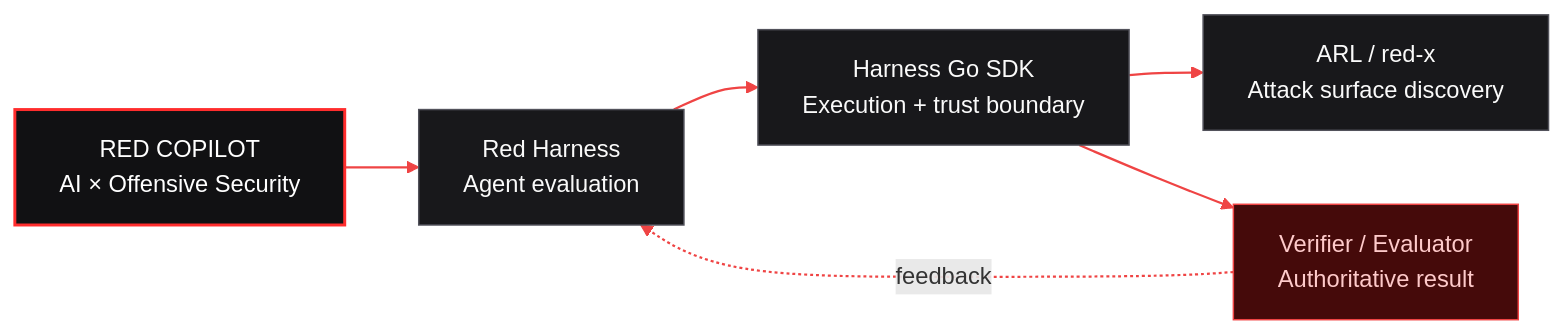
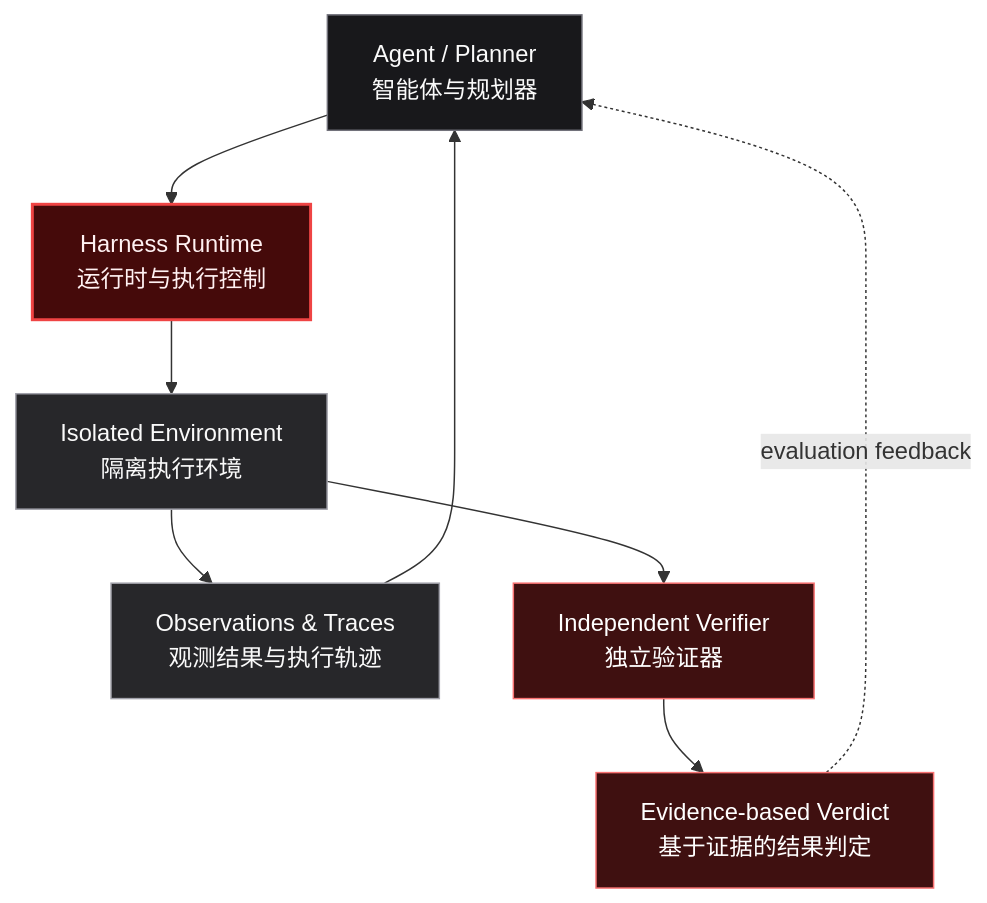
Before and after one commit to red-copilot/.github: the diagram in profile/README.md, drawn with Mermaid. The commit also changed other lines of this file, not shown here.

````diff
--- a/profile/README.md
+++ b/profile/README.md
@@ -57,19 +68,18 @@
 ```mermaid
-flowchart LR
-    RC["RED COPILOT<br/>AI × Offensive Security"]:::core
-    EV["Red Harness<br/>Agent evaluation"]:::project
-    EX["Harness Go SDK<br/>Execution + trust boundary"]:::project
-    DS["ARL / red-x<br/>Attack surface discovery"]:::project
-    VR["Verifier / Evaluator<br/>Authoritative result"]:::verify
-
-    RC --> EV
-    EV --> EX
-    EX --> DS
-    EX --> VR
-    VR -. feedback .-> EV
-
-    classDef core fill:#111113,stroke:#ff2d2d,color:#ffffff,stroke-width:2px;
-    classDef project fill:#18181b,stroke:#52525b,color:#fafafa,stroke-width:1px;
-    classDef verify fill:#450a0a,stroke:#ef4444,color:#fecaca,stroke-width:1px;
-    linkStyle default stroke:#ef4444,stroke-width:1.5px;
+flowchart TD
+    A["Agent / Planner<br/>智能体与规划器"] --> B["Harness Runtime<br/>运行时与执行控制"]
+    B --> C["Isolated Environment<br/>隔离执行环境"]
+    C --> D["Observations & Traces<br/>观测结果与执行轨迹"]
+    D --> A
+    C --> E["Independent Verifier<br/>独立验证器"]
+    E --> F["Evidence-based Verdict<br/>基于证据的结果判定"]
+    F -. evaluation feedback .-> A
+    classDef agent fill:#18181b,stroke:#71717a,color:#fafafa;
+    classDef runtime fill:#450a0a,stroke:#ef4444,color:#fff1f2,stroke-width:2px;
+    classDef env fill:#27272a,stroke:#a1a1aa,color:#fafafa;
+    classDef verify fill:#3f1010,stroke:#f87171,color:#fff;
+    class A agent;
+    class B runtime;
+    class C,D env;
+    class E,F verify;
 ```
````
